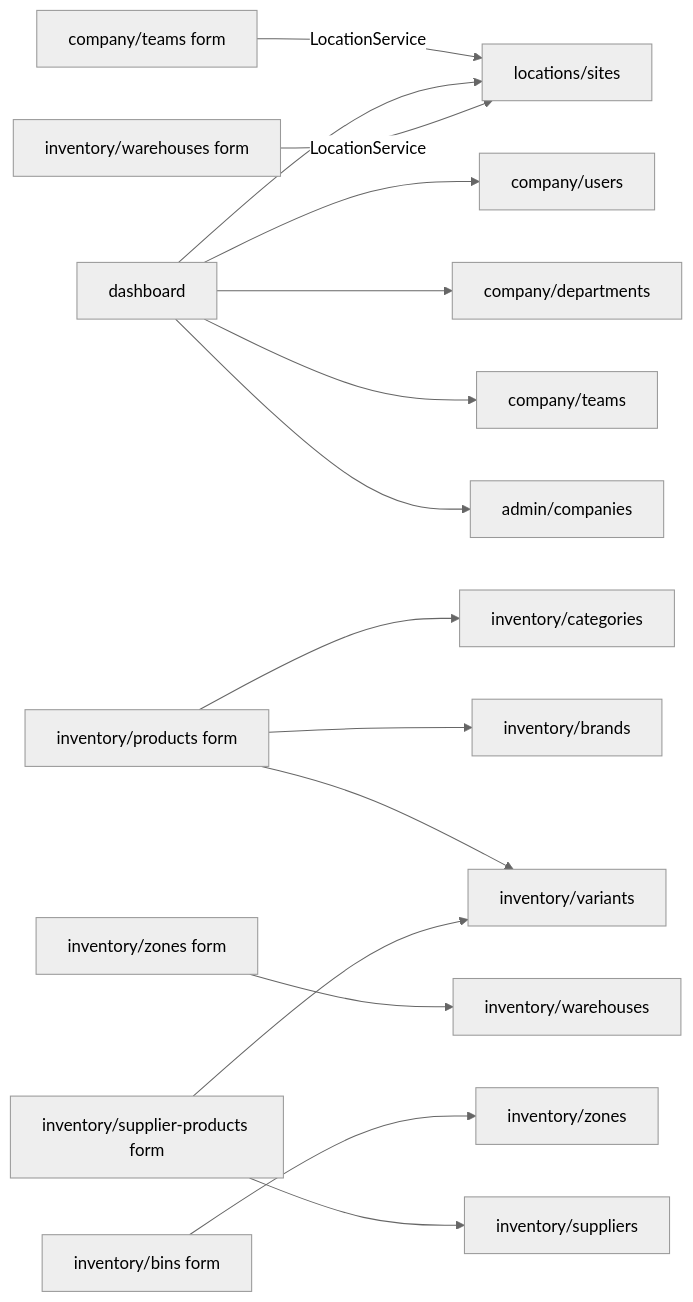
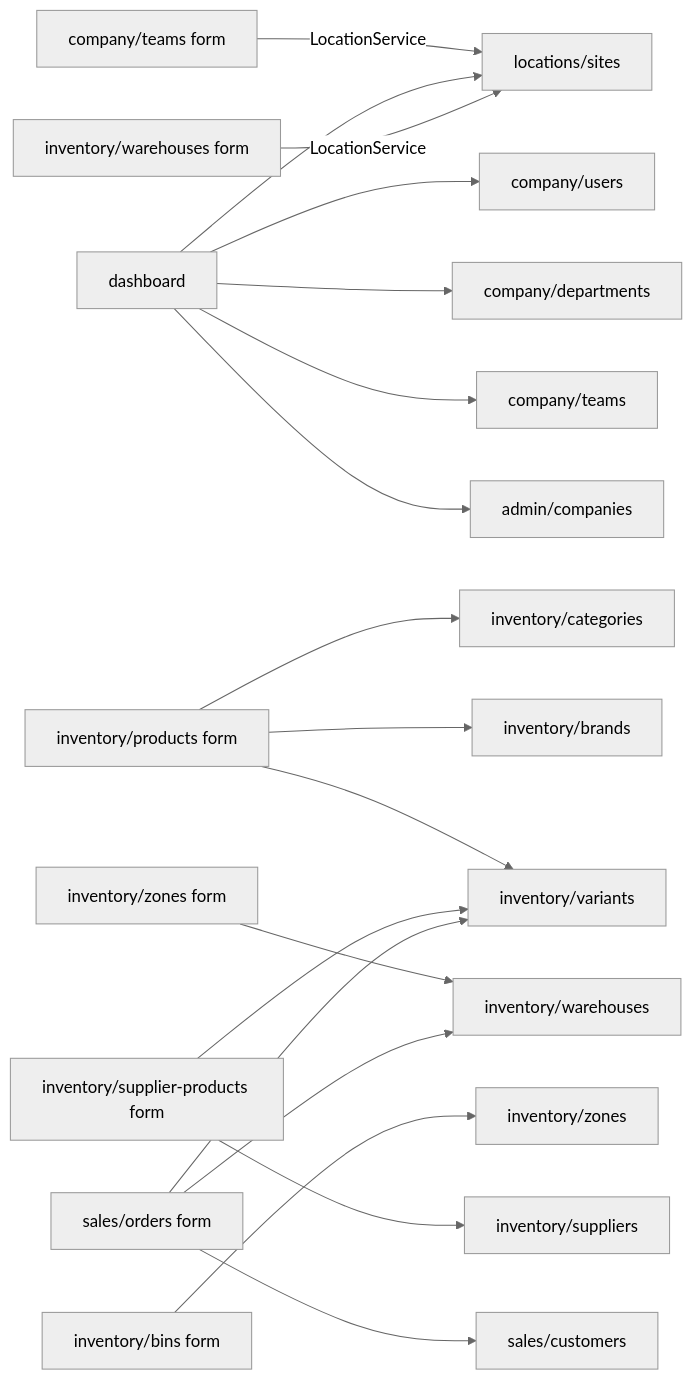
Before and after one commit to mohamed-elhelely/tanzim-frontend: the fourth of 4 diagrams in docs/CODE_MAP.md, drawn with Mermaid (neutral theme). The commit also changed other lines of this file and 36 other files, not shown here.

First line of the commit message:
Add sales customers and sales orders

````diff
--- a/docs/CODE_MAP.md
+++ b/docs/CODE_MAP.md
@@ -219,17 +230,20 @@
 ```mermaid
 flowchart LR
     teams["company/teams form"] -->|LocationService| sites["locations/sites"]
     dash["dashboard"] --> users["company/users"]
     dash --> depts["company/departments"]
     dash --> teamsS["company/teams"]
     dash --> sites
     dash --> tenants["admin/companies"]
     products["inventory/products form"] --> cats["inventory/categories"]
     products --> brands["inventory/brands"]
     whform["inventory/warehouses form"] -->|LocationService| sites
     zoneform["inventory/zones form"] --> wh["inventory/warehouses"]
     binform["inventory/bins form"] --> zones["inventory/zones"]
     products --> variants["inventory/variants"]
     spform["inventory/supplier-products form"] --> variants
     spform --> suppliers["inventory/suppliers"]
+    soform["sales/orders form"] --> customers["sales/customers"]
+    soform --> wh
+    soform --> variants
 ```
````
